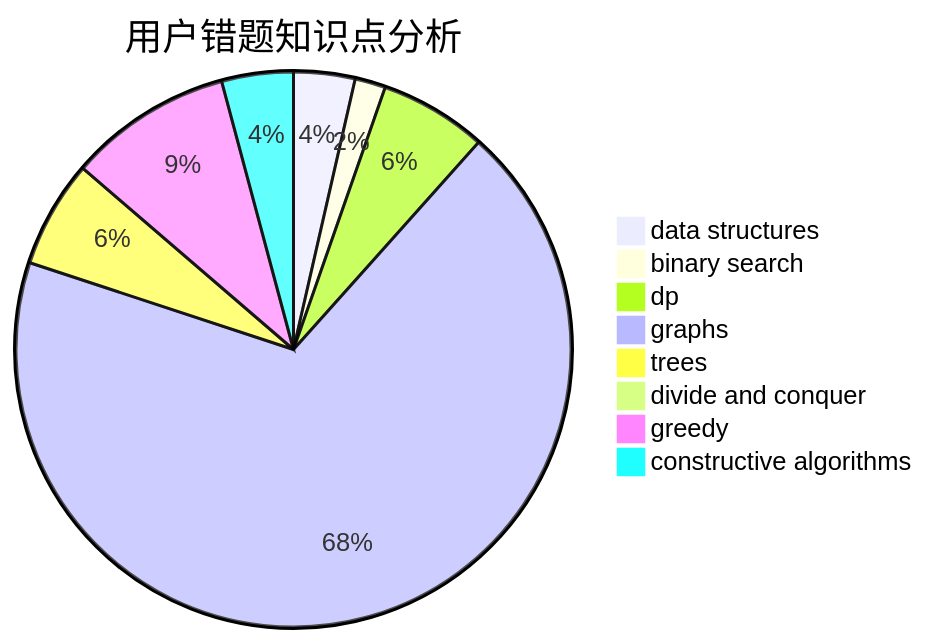
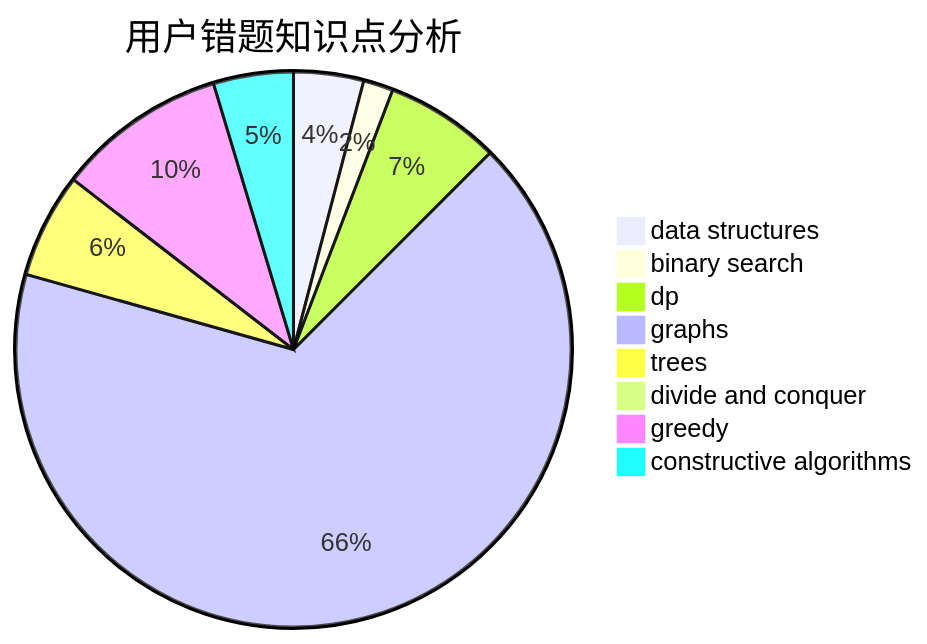
Before and after one commit to sherpahu/cfrs.github.io: the third of 3 diagrams in docs/user/u2750.md, drawn with Mermaid. The commit also changed other lines of this file and 2770 other files, not shown here.

````diff
--- a/docs/user/u2750.md
+++ b/docs/user/u2750.md
@@ -36,11 +36,11 @@
 ```mermaid
 pie title 用户错题知识点分析
-    "data structures" :  12
+    "data structures" :  14
     "binary search" :  6
-    "dp" :  21
+    "dp" :  23
     "graphs" :  230
     "trees" :  21
     "divide and conquer" :  2
-    "greedy" :  32
-    "constructive algorithms" :  14
+    "greedy" :  34
+    "constructive algorithms" :  16
 ```
````
